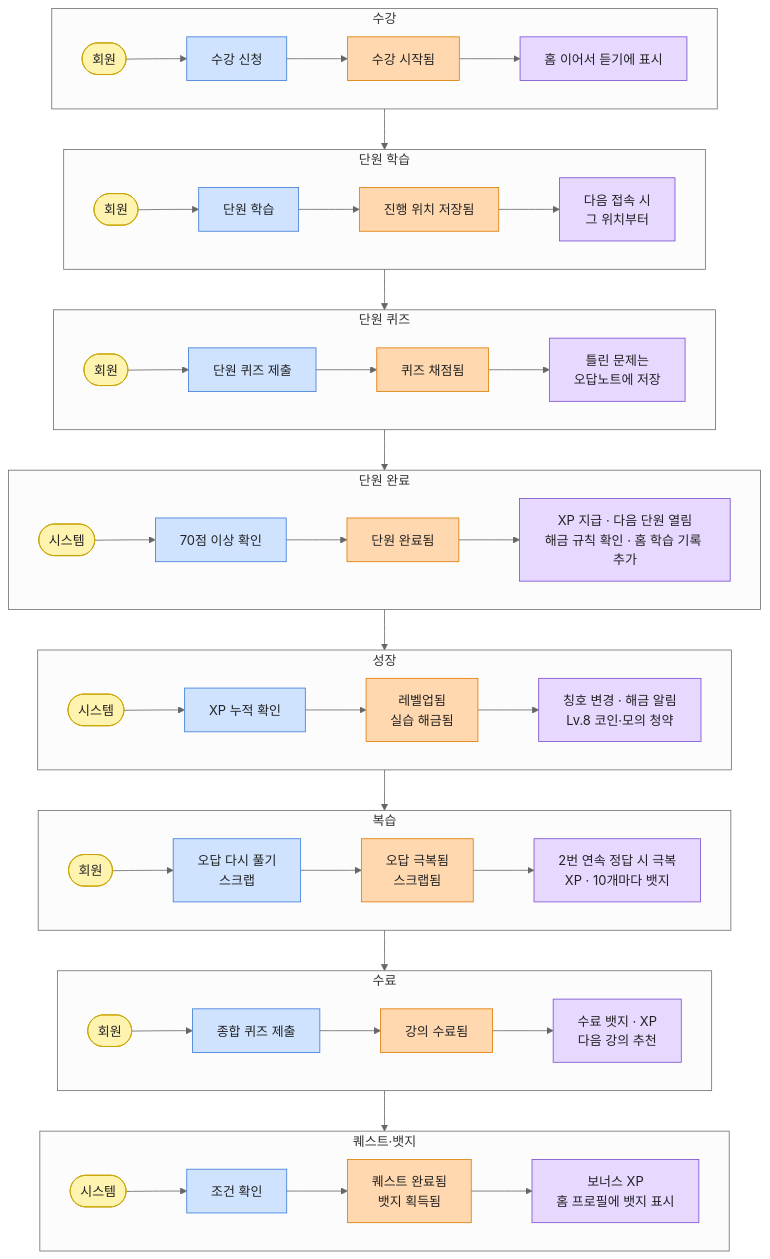
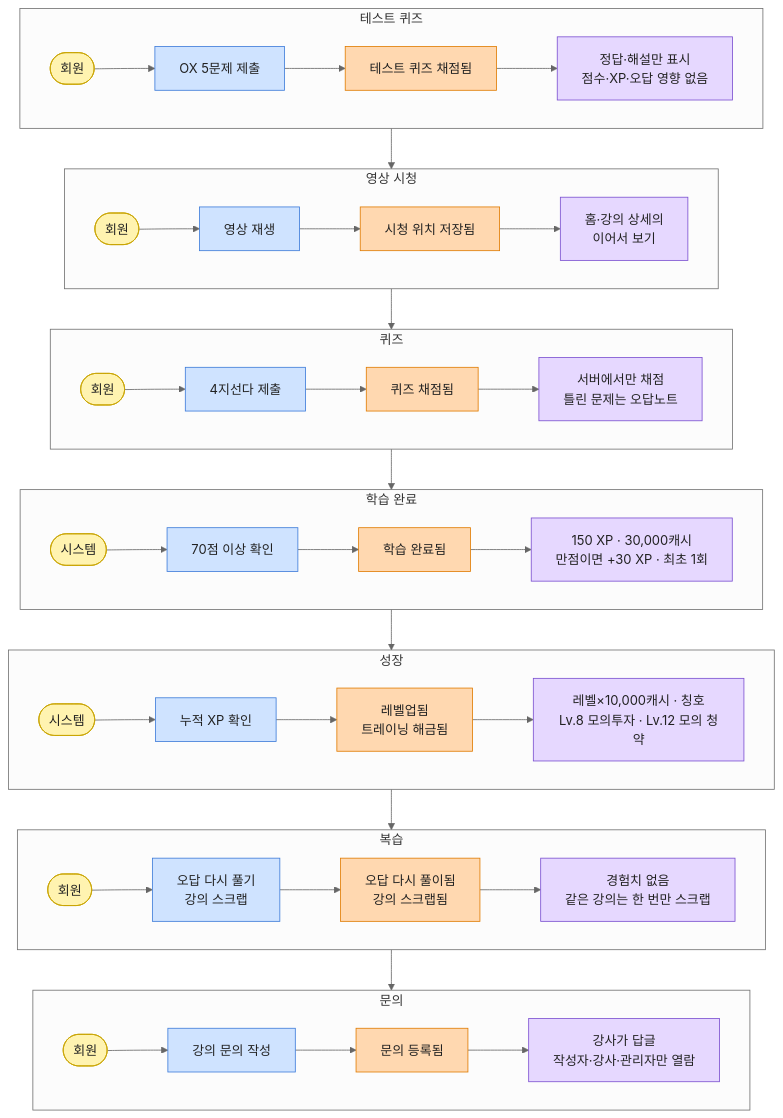
One commit to bukkeu/my-home-finish changed the fourth of 13 diagrams in docs/MoneyBeetle_업무분석.md. Above: the diagram before and after it, drawn with Mermaid (neutral theme). The commit also changed other lines of this file, not shown here.

````diff
--- a/docs/MoneyBeetle_업무분석.md
+++ b/docs/MoneyBeetle_업무분석.md
@@ -273,40 +232,36 @@
 ```mermaid
 flowchart TB
-    subgraph S1["수강"]
+    subgraph S1["테스트 퀴즈"]
         direction LR
-        a1(["회원"]):::act --> c1["수강 신청"]:::cmd --> e1["수강 시작됨"]:::evt --> p1["홈 이어서 듣기에 표시"]:::pol
+        a1(["회원"]):::act --> c1["OX 5문제 제출"]:::cmd --> e1["테스트 퀴즈 채점됨"]:::evt --> p1["정답·해설만 표시<br/>점수·XP·오답 영향 없음"]:::pol
     end
-    subgraph S2["단원 학습"]
+    subgraph S2["영상 시청"]
         direction LR
-        a2(["회원"]):::act --> c2["단원 학습"]:::cmd --> e2["진행 위치 저장됨"]:::evt --> p2["다음 접속 시<br/>그 위치부터"]:::pol
+        a2(["회원"]):::act --> c2["영상 재생"]:::cmd --> e2["시청 위치 저장됨"]:::evt --> p2["홈·강의 상세의<br/>이어서 보기"]:::pol
     end
-    subgraph S3["단원 퀴즈"]
+    subgraph S3["퀴즈"]
         direction LR
-        a3(["회원"]):::act --> c3["단원 퀴즈 제출"]:::cmd --> e3["퀴즈 채점됨"]:::evt --> p3["틀린 문제는<br/>오답노트에 저장"]:::pol
+        a3(["회원"]):::act --> c3["4지선다 제출"]:::cmd --> e3["퀴즈 채점됨"]:::evt --> p3["서버에서만 채점<br/>틀린 문제는 오답노트"]:::pol
     end
-    subgraph S4["단원 완료"]
+    subgraph S4["학습 완료"]
         direction LR
-        a4(["시스템"]):::act --> c4["70점 이상 확인"]:::cmd --> e4["단원 완료됨"]:::evt --> p4["XP 지급 · 다음 단원 열림<br/>해금 규칙 확인 · 홈 학습 기록 추가"]:::pol
+        a4(["시스템"]):::act --> c4["70점 이상 확인"]:::cmd --> e4["학습 완료됨"]:::evt --> p4["150 XP · 30,000캐시<br/>만점이면 +30 XP · 최초 1회"]:::pol
     end
     subgraph S5["성장"]
         direction LR
-        a5(["시스템"]):::act --> c5["XP 누적 확인"]:::cmd --> e5["레벨업됨<br/>실습 해금됨"]:::evt --> p5["칭호 변경 · 해금 알림<br/>Lv.8 코인·모의 청약"]:::pol
+        a5(["시스템"]):::act --> c5["누적 XP 확인"]:::cmd --> e5["레벨업됨<br/>트레이닝 해금됨"]:::evt --> p5["레벨×10,000캐시 · 칭호<br/>Lv.8 모의투자 · Lv.12 모의 청약"]:::pol
     end
     subgraph S6["복습"]
         direction LR
-        a6(["회원"]):::act --> c6["오답 다시 풀기<br/>스크랩"]:::cmd --> e6["오답 극복됨<br/>스크랩됨"]:::evt --> p6["2번 연속 정답 시 극복<br/>XP · 10개마다 뱃지"]:::pol
+        a6(["회원"]):::act --> c6["오답 다시 풀기<br/>강의 스크랩"]:::cmd --> e6["오답 다시 풀이됨<br/>강의 스크랩됨"]:::evt --> p6["경험치 없음<br/>같은 강의는 한 번만 스크랩"]:::pol
     end
-    subgraph S7["수료"]
+    subgraph S7["문의"]
         direction LR
-        a7(["회원"]):::act --> c7["종합 퀴즈 제출"]:::cmd --> e7["강의 수료됨"]:::evt --> p7["수료 뱃지 · XP<br/>다음 강의 추천"]:::pol
+        a7(["회원"]):::act --> c7["강의 문의 작성"]:::cmd --> e7["문의 등록됨"]:::evt --> p7["강사가 답글<br/>작성자·강사·관리자만 열람"]:::pol
     end
-    subgraph S8["퀘스트·뱃지"]
-        direction LR
-        a8(["시스템"]):::act --> c8["조건 확인"]:::cmd --> e8["퀘스트 완료됨<br/>뱃지 획득됨"]:::evt --> p8["보너스 XP<br/>홈 프로필에 뱃지 표시"]:::pol
-    end
-    S1 --> S2 --> S3 --> S4 --> S5 --> S6 --> S7 --> S8
+    S1 --> S2 --> S3 --> S4 --> S5 --> S6 --> S7
     classDef act fill:#FFF3B0,stroke:#C9A400,color:#222
     classDef cmd fill:#CFE3FF,stroke:#3D7BD9,color:#222
     classDef evt fill:#FFD8B0,stroke:#E07B00,color:#222
     classDef pol fill:#E6D8FF,stroke:#7A4FD0,color:#222
 ```
````
